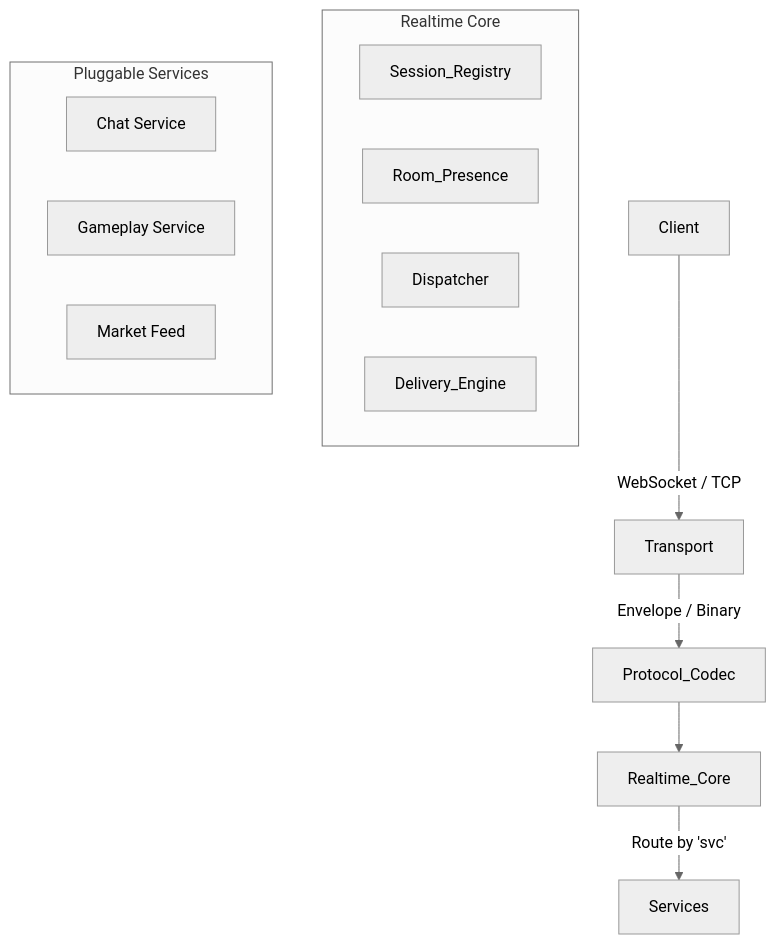
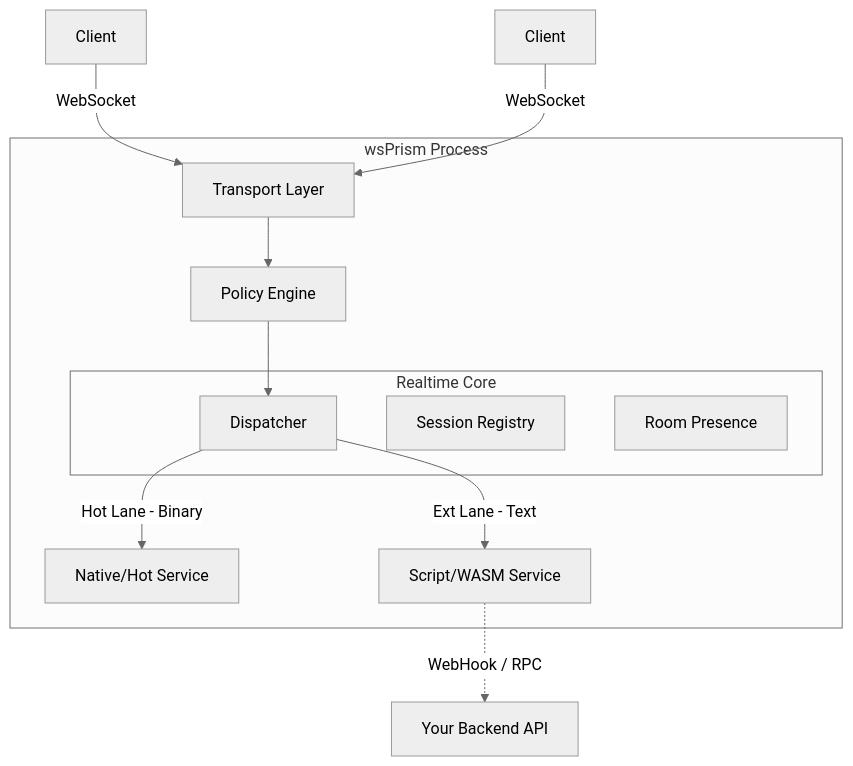
Before and after one commit to AsyncNomad/wsPrism: the diagram in README.md, drawn with Mermaid (neutral theme). The commit also changed other lines of this file, not shown here.

````diff
--- a/README.md
+++ b/README.md
@@ -86,21 +172,23 @@
 ```mermaid
-graph TD;
-    Client -->|WebSocket / TCP| Transport
-    Transport -->|Envelope / Binary| Protocol_Codec
-    Protocol_Codec --> Realtime_Core
-    
-    subgraph "Realtime Core"
-    Session_Registry
-    Room_Presence
-    Dispatcher
-    Delivery_Engine
+graph TD
+    Client_A[Client] -->|WebSocket| Transport
+    Client_B[Client] -->|WebSocket| Transport
+
+    subgraph Process [wsPrism Process]
+        Transport[Transport Layer]
+        Policy[Policy Engine]
+        
+        subgraph Core [Realtime Core]
+            Router[Dispatcher]
+            Registry[Session Registry]
+            Presence[Room Presence]
+        end
+        
+        Transport --> Policy --> Router
+        
+        Router -->|Hot Lane - Binary| Service_Echo[Native/Hot Service]
+        Router -->|Ext Lane - Text| Service_Chat[Script/WASM Service]
     end
     
-    Realtime_Core -->|Route by 'svc'| Services
-    
-    subgraph "Pluggable Services"
-    Chat[Chat Service]
-    Game[Gameplay Service]
-    Market[Market Feed]
-    end
+    Service_Chat -.->|WebHook / RPC| Backend[Your Backend API]
 ```
````
